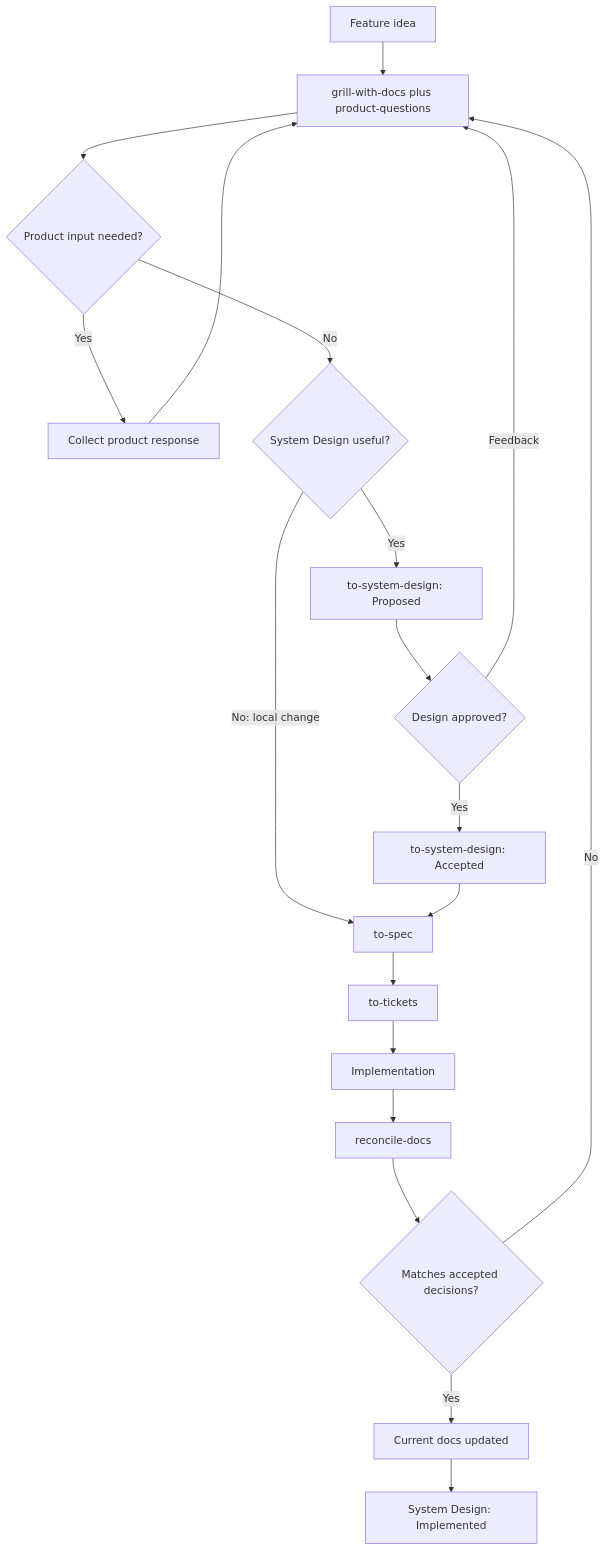
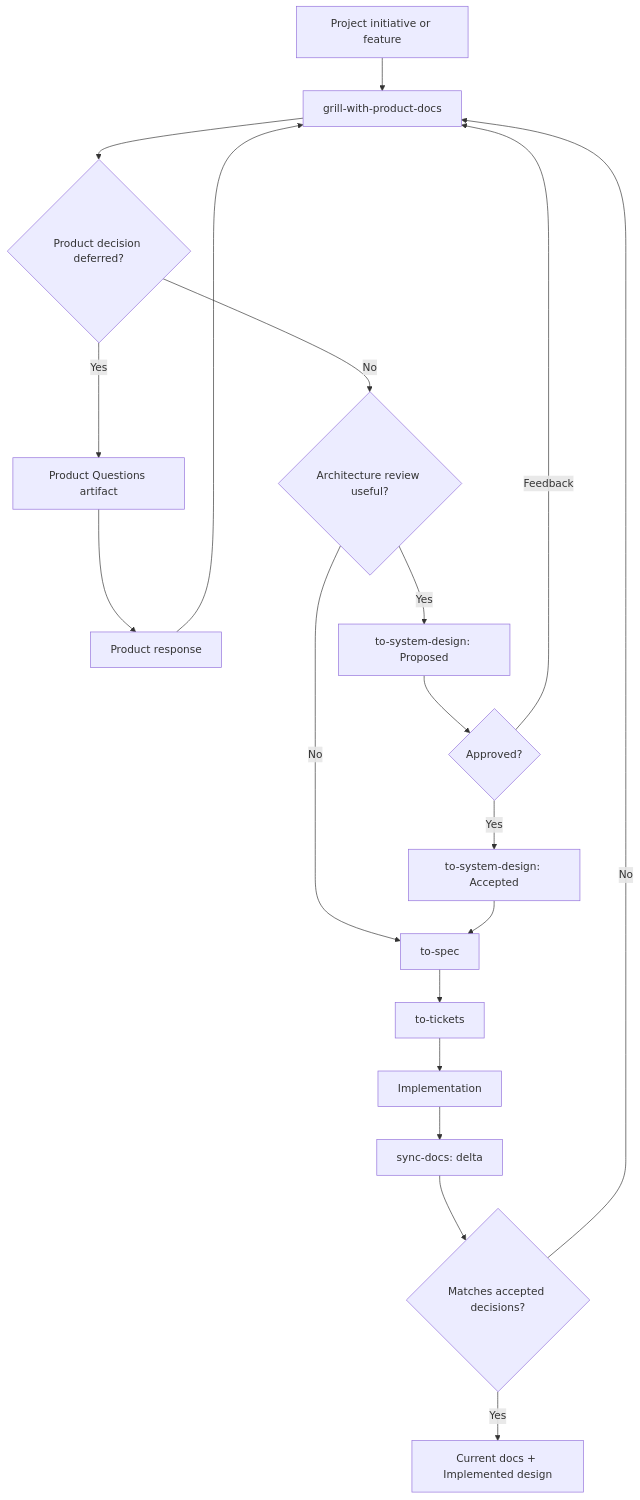
One commit to devctllabs/devctl-skills changed the diagram in docs/documentation-workflow.md. Above: the diagram before and after it, drawn with Mermaid. The commit also changed other lines of this file and 392 other files, not shown here.

````diff
--- a/docs/documentation-workflow.md
+++ b/docs/documentation-workflow.md
@@ -113,21 +80,21 @@
 ```mermaid
 flowchart TD
-    Start["Feature idea"] --> Interview["grill-with-docs plus product-questions"]
-    Interview --> ProductInput{"Product input needed?"}
-    ProductInput -->|Yes| Response["Collect product response"]
+    Start["Project initiative or feature"] --> Interview["grill-with-product-docs"]
+    Interview --> Deferred{"Product decision deferred?"}
+    Deferred -->|Yes| Questions["Product Questions artifact"]
+    Questions --> Response["Product response"]
     Response --> Interview
-    ProductInput -->|No| DesignUseful{"System Design useful?"}
-    DesignUseful -->|No: local change| Spec["to-spec"]
+    Deferred -->|No| DesignUseful{"Architecture review useful?"}
+    DesignUseful -->|No| Spec["to-spec"]
     DesignUseful -->|Yes| Design["to-system-design: Proposed"]
-    Design --> Review{"Design approved?"}
+    Design --> Review{"Approved?"}
     Review -->|Feedback| Interview
     Review -->|Yes| Accepted["to-system-design: Accepted"]
     Accepted --> Spec
     Spec --> Tickets["to-tickets"]
     Tickets --> Implementation["Implementation"]
-    Implementation --> Reconcile["reconcile-docs"]
-    Reconcile --> Drift{"Matches accepted decisions?"}
+    Implementation --> Sync["sync-docs: delta"]
+    Sync --> Drift{"Matches accepted decisions?"}
     Drift -->|No| Interview
-    Drift -->|Yes| Updated["Current docs updated"]
-    Updated --> Implemented["System Design: Implemented"]
+    Drift -->|Yes| Current["Current docs + Implemented design"]
 ```
````
